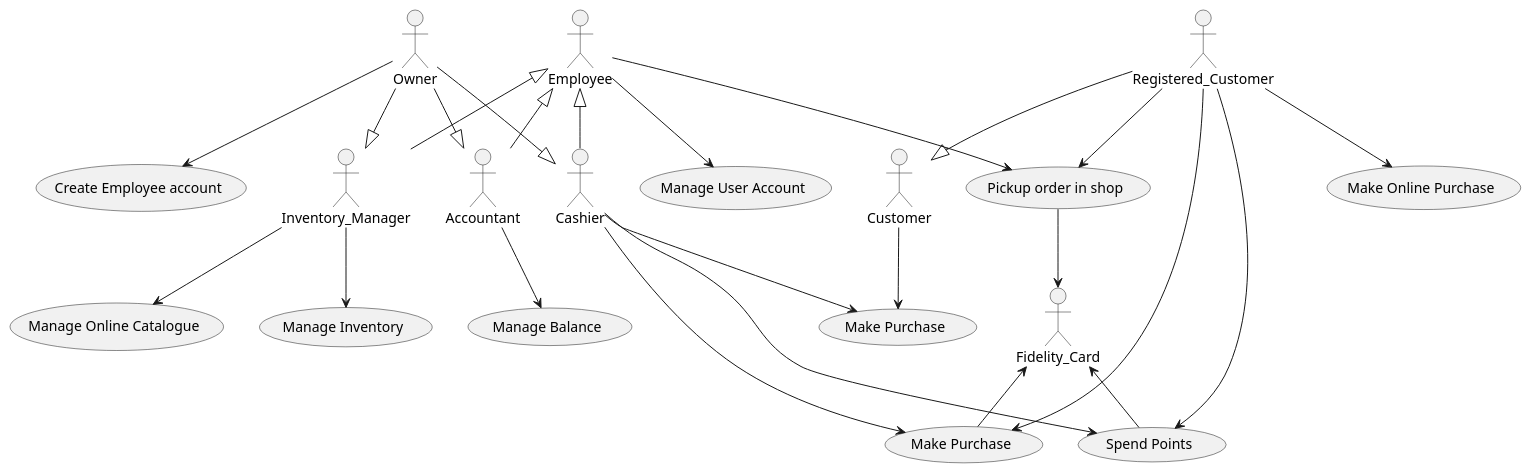
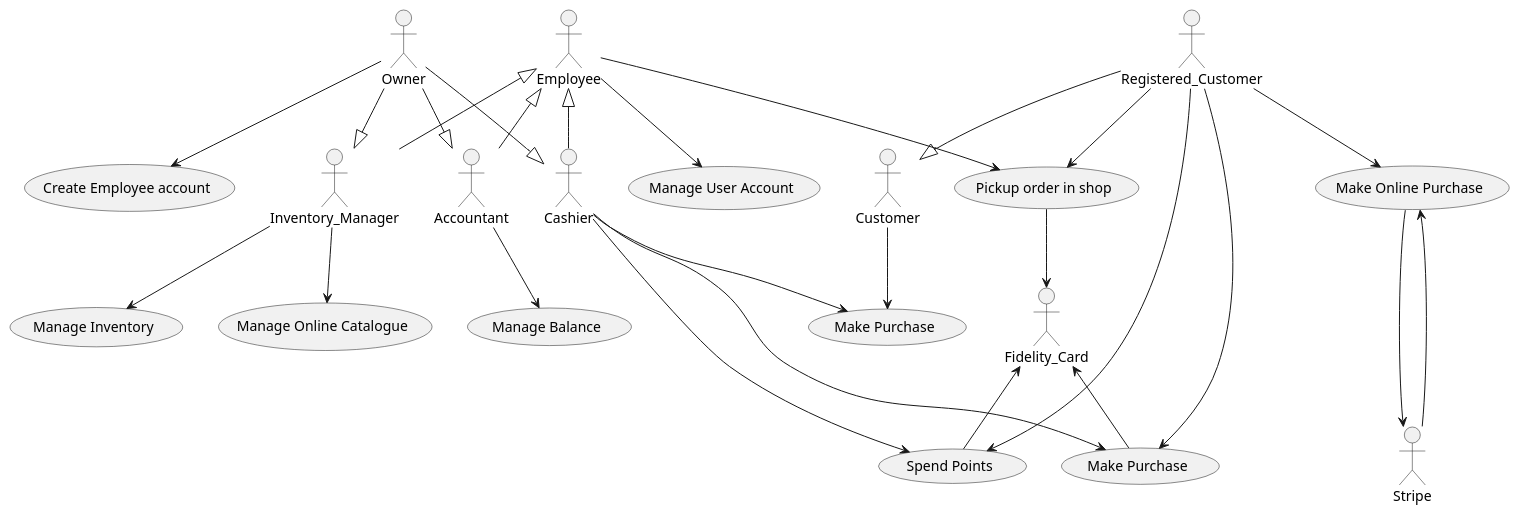
Before and after one commit to paolotron/EzshoProject31: the second of 7 diagrams in Deliverables/RequirementsDocument.md, drawn with PlantUML. The commit also changed other lines of this file, not shown here.

````diff
--- a/Deliverables/RequirementsDocument.md
+++ b/Deliverables/RequirementsDocument.md
@@ -221,36 +221,39 @@
 ```plantuml
 @startuml
 actor Owner
 actor Employee
 actor Customer
 actor Accountant
 actor Inventory_Manager
 actor Fidelity_Card
+actor Stripe
 (Make Purchase) as m1
 (Make Purchase) as m2
 Employee <|-- Inventory_Manager
 Employee <|-- Cashier
 Employee <|-- Accountant
 Owner --|> Inventory_Manager
 Owner --|> Cashier
 Owner --|> Accountant
 Employee --> (Manage User Account)
 Owner --> (Create Employee account)
 Registered_Customer --|> Customer
 Accountant --> (Manage Balance)
 Registered_Customer --> (Make Online Purchase)
+Stripe --> (Make Online Purchase)
+(Make Online Purchase) ---> Stripe 
 Customer --> m1
 Cashier --> m1
 Cashier --> m2
 Registered_Customer --> m2
 Fidelity_Card <-- m2
 Inventory_Manager --> (Manage Inventory)
 Inventory_Manager --> (Manage Online Catalogue)
 Registered_Customer --> (Spend Points)
 Cashier --> (Spend Points)
 Registered_Customer --> (Pickup order in shop)
 Employee --> (Pickup order in shop)
 (Pickup order in shop) --> Fidelity_Card
 Fidelity_Card <-- (Spend Points)
 @enduml
 ```
````
